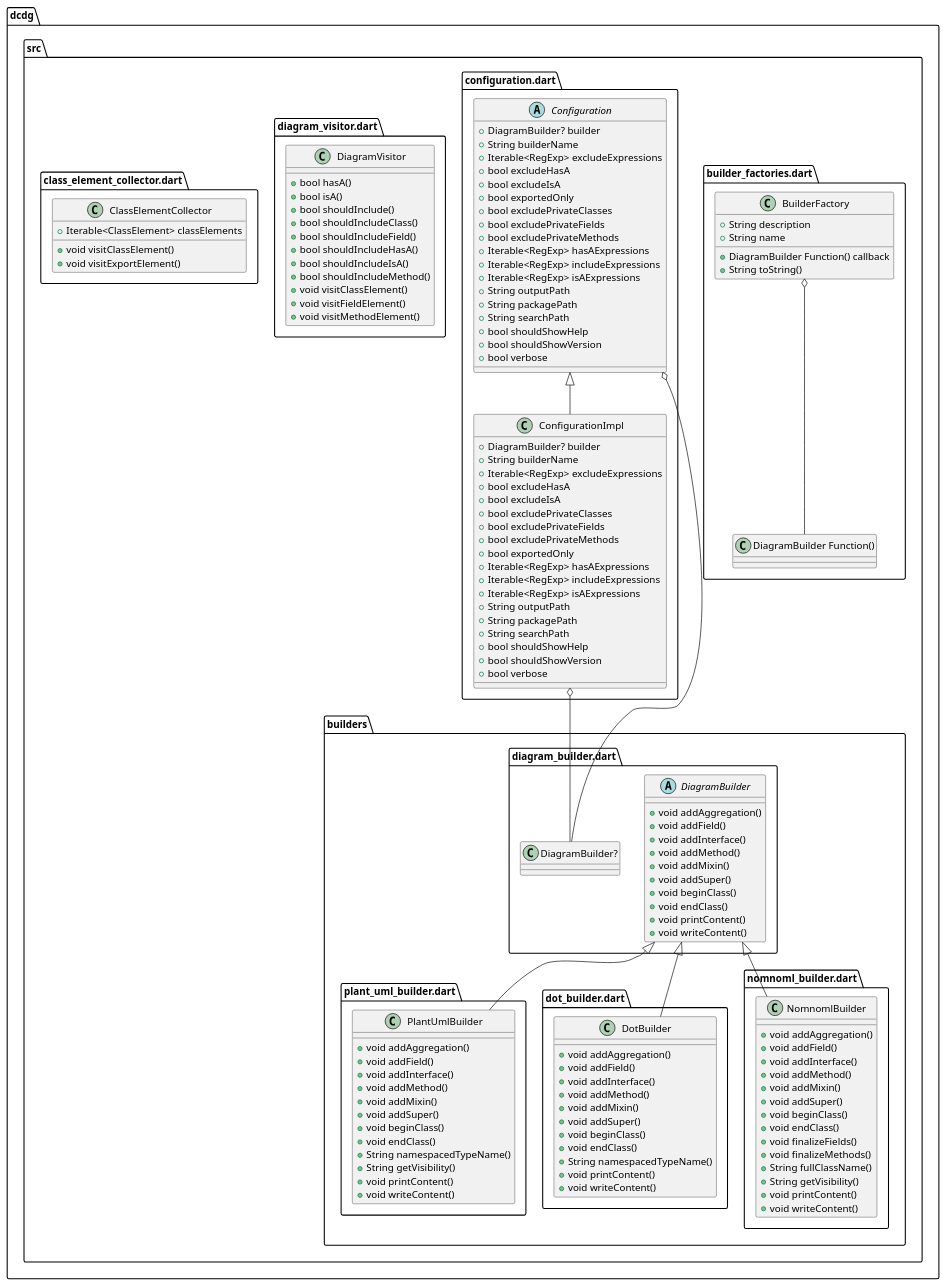
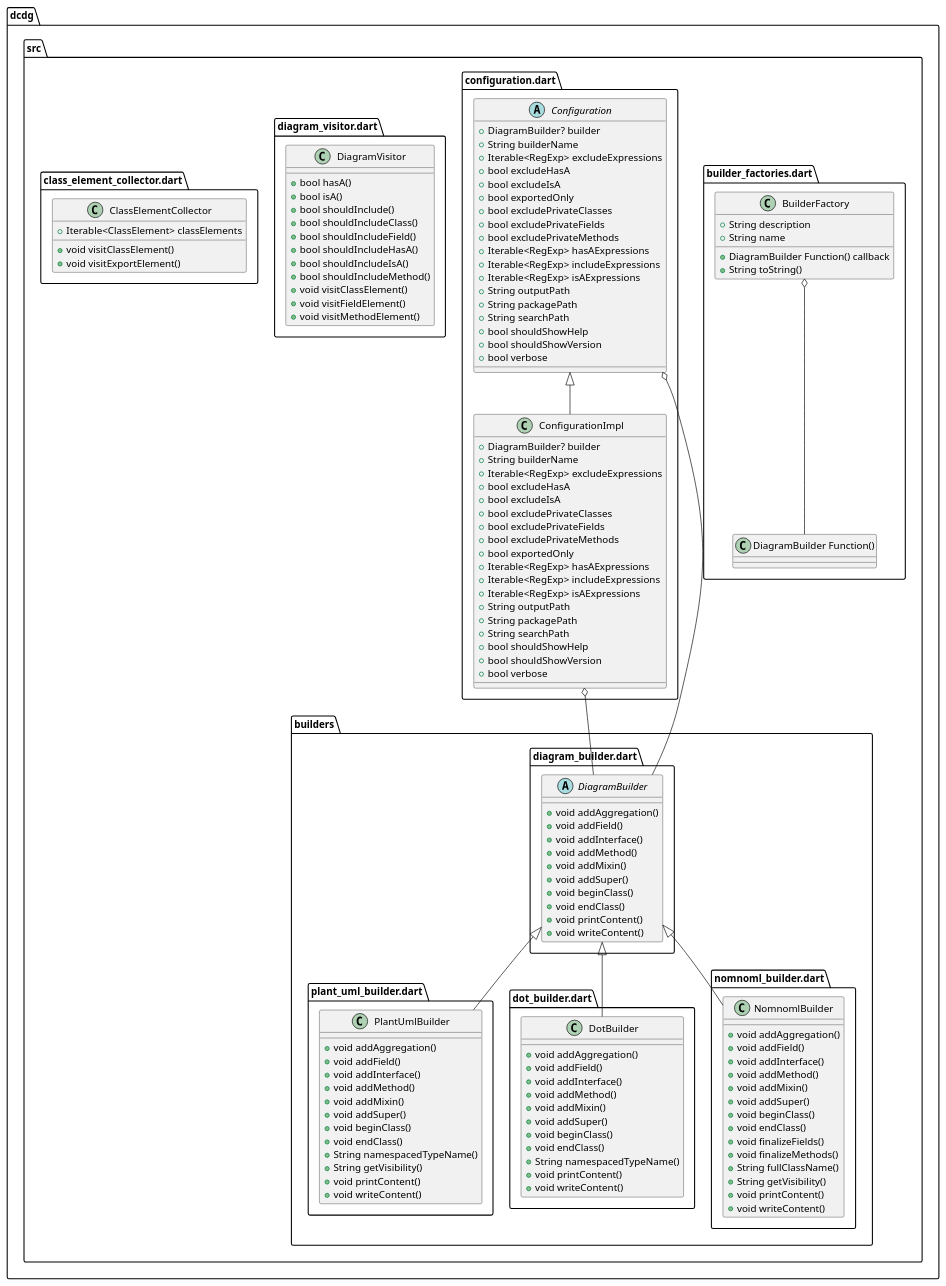
One commit to glesica/dcdg.dart changed the diagram in example/dcdg.puml. Above: the diagram before and after it, drawn with PlantUML. The commit also changed 9 other files, not shown here.

```diff
--- a/example/dcdg.puml
+++ b/example/dcdg.puml
@@ -1,146 +1,146 @@
 @startuml
 set namespaceSeparator ::
 
 class "dcdg::src::builders::plant_uml_builder.dart::PlantUmlBuilder" {
   +void addAggregation()
   +void addField()
   +void addInterface()
   +void addMethod()
   +void addMixin()
   +void addSuper()
   +void beginClass()
   +void endClass()
   +String namespacedTypeName()
   +String getVisibility()
   +void printContent()
   +void writeContent()
 }
 
 "dcdg::src::builders::diagram_builder.dart::DiagramBuilder" <|-- "dcdg::src::builders::plant_uml_builder.dart::PlantUmlBuilder"
 
 class "dcdg::src::builders::dot_builder.dart::DotBuilder" {
   +void addAggregation()
   +void addField()
   +void addInterface()
   +void addMethod()
   +void addMixin()
   +void addSuper()
   +void beginClass()
   +void endClass()
   +String namespacedTypeName()
   +void printContent()
   +void writeContent()
 }
 
 "dcdg::src::builders::diagram_builder.dart::DiagramBuilder" <|-- "dcdg::src::builders::dot_builder.dart::DotBuilder"
 
 abstract class "dcdg::src::builders::diagram_builder.dart::DiagramBuilder" {
   +void addAggregation()
   +void addField()
   +void addInterface()
   +void addMethod()
   +void addMixin()
   +void addSuper()
   +void beginClass()
   +void endClass()
   +void printContent()
   +void writeContent()
 }
 
 class "dcdg::src::builders::nomnoml_builder.dart::NomnomlBuilder" {
   +void addAggregation()
   +void addField()
   +void addInterface()
   +void addMethod()
   +void addMixin()
   +void addSuper()
   +void beginClass()
   +void endClass()
   +void finalizeFields()
   +void finalizeMethods()
   +String fullClassName()
   +String getVisibility()
   +void printContent()
   +void writeContent()
 }
 
 "dcdg::src::builders::diagram_builder.dart::DiagramBuilder" <|-- "dcdg::src::builders::nomnoml_builder.dart::NomnomlBuilder"
 
 class "dcdg::src::builder_factories.dart::BuilderFactory" {
   +DiagramBuilder Function() callback
   +String description
   +String name
   +String toString()
 }
 
 "dcdg::src::builder_factories.dart::BuilderFactory" o-- "dcdg::src::builder_factories.dart::DiagramBuilder Function()"
 
 abstract class "dcdg::src::configuration.dart::Configuration" {
   +DiagramBuilder? builder
   +String builderName
   +Iterable<RegExp> excludeExpressions
   +bool excludeHasA
   +bool excludeIsA
   +bool exportedOnly
   +bool excludePrivateClasses
   +bool excludePrivateFields
   +bool excludePrivateMethods
   +Iterable<RegExp> hasAExpressions
   +Iterable<RegExp> includeExpressions
   +Iterable<RegExp> isAExpressions
   +String outputPath
   +String packagePath
   +String searchPath
   +bool shouldShowHelp
   +bool shouldShowVersion
   +bool verbose
 }
 
-"dcdg::src::configuration.dart::Configuration" o-- "dcdg::src::builders::diagram_builder.dart::DiagramBuilder?"
+"dcdg::src::configuration.dart::Configuration" o-- "dcdg::src::builders::diagram_builder.dart::DiagramBuilder"
 
 class "dcdg::src::configuration.dart::ConfigurationImpl" {
   +DiagramBuilder? builder
   +String builderName
   +Iterable<RegExp> excludeExpressions
   +bool excludeHasA
   +bool excludeIsA
   +bool excludePrivateClasses
   +bool excludePrivateFields
   +bool excludePrivateMethods
   +bool exportedOnly
   +Iterable<RegExp> hasAExpressions
   +Iterable<RegExp> includeExpressions
   +Iterable<RegExp> isAExpressions
   +String outputPath
   +String packagePath
   +String searchPath
   +bool shouldShowHelp
   +bool shouldShowVersion
   +bool verbose
 }
 
-"dcdg::src::configuration.dart::ConfigurationImpl" o-- "dcdg::src::builders::diagram_builder.dart::DiagramBuilder?"
+"dcdg::src::configuration.dart::ConfigurationImpl" o-- "dcdg::src::builders::diagram_builder.dart::DiagramBuilder"
 "dcdg::src::configuration.dart::Configuration" <|-- "dcdg::src::configuration.dart::ConfigurationImpl"
 
 class "dcdg::src::diagram_visitor.dart::DiagramVisitor" {
   +bool hasA()
   +bool isA()
   +bool shouldInclude()
   +bool shouldIncludeClass()
   +bool shouldIncludeField()
   +bool shouldIncludeHasA()
   +bool shouldIncludeIsA()
   +bool shouldIncludeMethod()
   +void visitClassElement()
   +void visitFieldElement()
   +void visitMethodElement()
 }
 
 class "dcdg::src::class_element_collector.dart::ClassElementCollector" {
   +Iterable<ClassElement> classElements
   +void visitClassElement()
   +void visitExportElement()
 }
 
 
 @enduml
```
